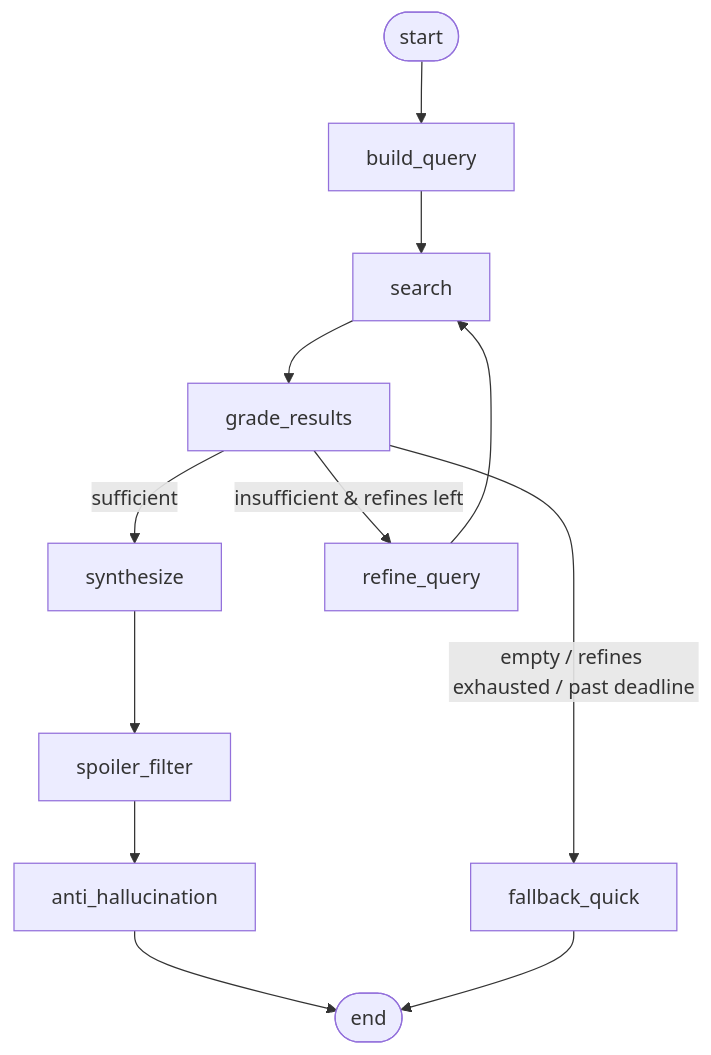
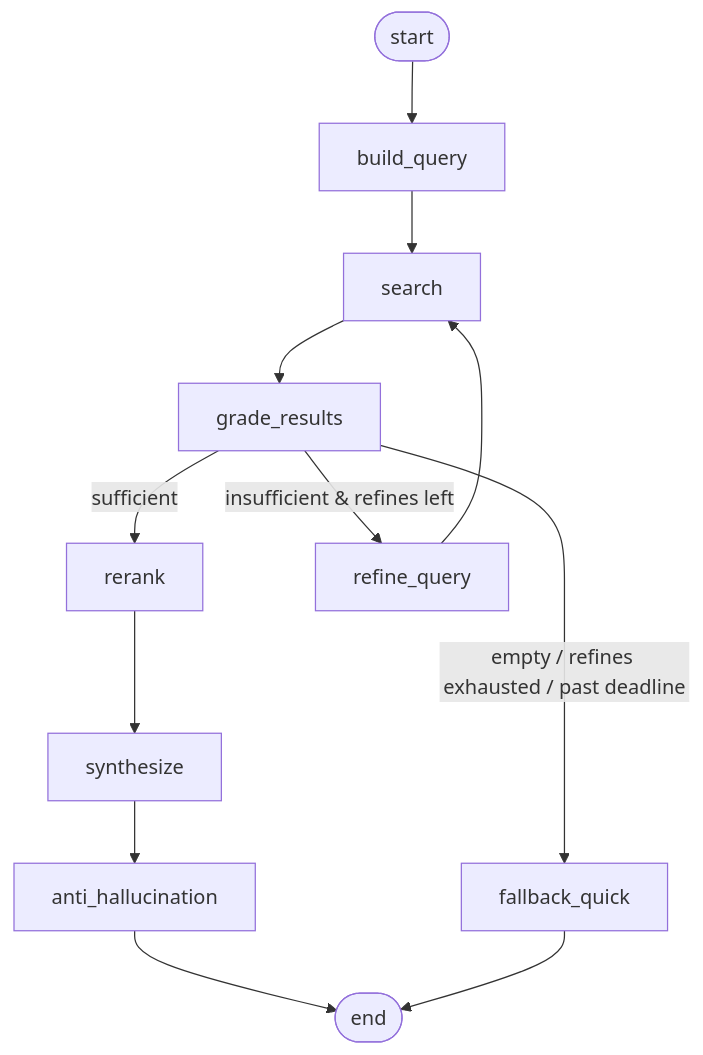
One commit to ranonbezerra/dailyloadout-monorepo changed the diagram in docs/DEEP_RESEARCH_RECAP.md. Above: the diagram before and after it, drawn with Mermaid. The commit also changed other lines of this file and 14 other files, not shown here.

````diff
--- a/docs/DEEP_RESEARCH_RECAP.md
+++ b/docs/DEEP_RESEARCH_RECAP.md
@@ -51,14 +66,14 @@
 ```mermaid
 flowchart TD
     START([start]) --> build[build_query]
     build --> search[search]
     search --> grade[grade_results]
-    grade -->|sufficient| synth[synthesize]
+    grade -->|sufficient| rerank[rerank]
     grade -->|insufficient & refines left| refine[refine_query]
     grade -->|empty / refines exhausted / past deadline| fb[fallback_quick]
     refine --> search
-    synth --> spoiler[spoiler_filter]
-    spoiler --> halluc[anti_hallucination]
+    rerank --> synth[synthesize]
+    synth --> halluc[anti_hallucination]
     halluc --> DONE([end])
     fb --> DONE
 ```
````
